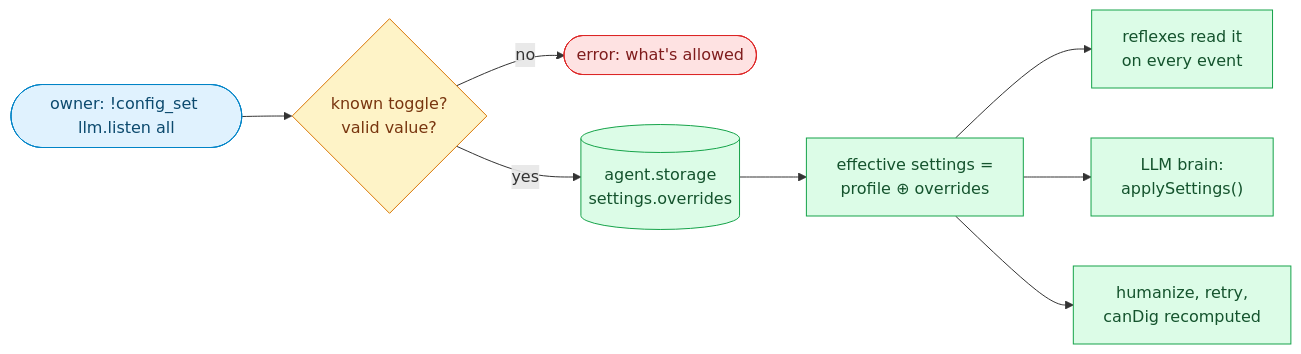
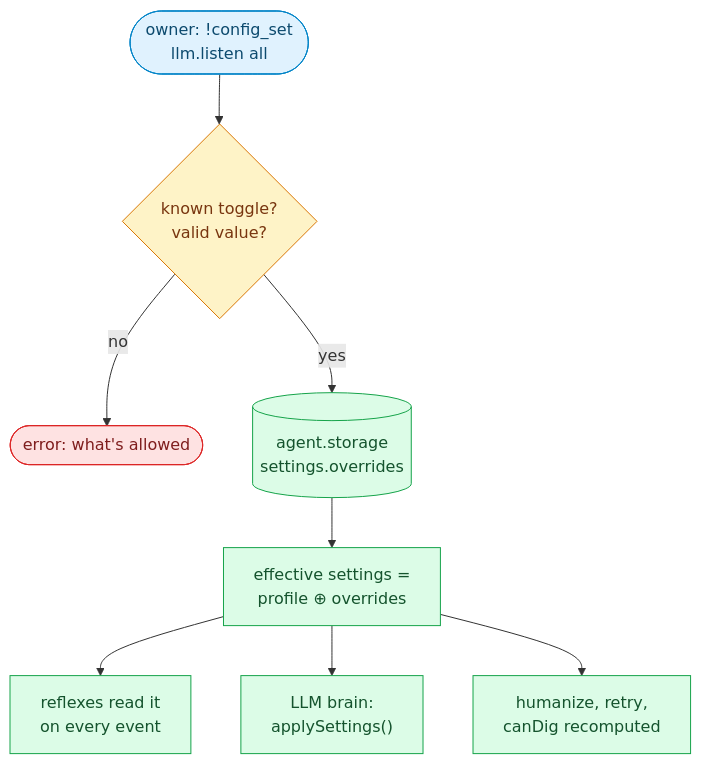
The diagram in docs/guide/live-config.md (thereisnotime/golemkit), drawn with Mermaid before and after one commit. The commit also changed 20 other files, not shown here.

First line of the commit message:
Docs: replace the last ASCII diagrams with mermaid, make wide charts top-down to fit the column

````diff
--- a/docs/guide/live-config.md
+++ b/docs/guide/live-config.md
@@ -76,18 +76,18 @@
 ```mermaid
-flowchart LR
-  P(["owner: !config_set llm.listen all"]) --> V{"known toggle?<br/>valid value?"}
+flowchart TD
+  P(["owner: !config_set<br/>llm.listen all"]) --> V{"known toggle?<br/>valid value?"}
   V -- no --> E(["error: what's allowed"])
   V -- yes --> S[("agent.storage<br/>settings.overrides")]
   S --> M["effective settings =<br/>profile ⊕ overrides"]
   M --> R["reflexes read it<br/>on every event"]
   M --> L["LLM brain:<br/>applySettings()"]
   M --> H["humanize, retry,<br/>canDig recomputed"]
   classDef a fill:#e0f2fe,stroke:#0284c7,color:#0c4a6e
   classDef d fill:#fef3c7,stroke:#d97706,color:#78350f
   classDef g fill:#dcfce7,stroke:#16a34a,color:#14532d
   classDef r fill:#fee2e2,stroke:#dc2626,color:#7f1d1d
   class P a
   class V d
   class S,M,R,L,H g
   class E r
 ```
````
